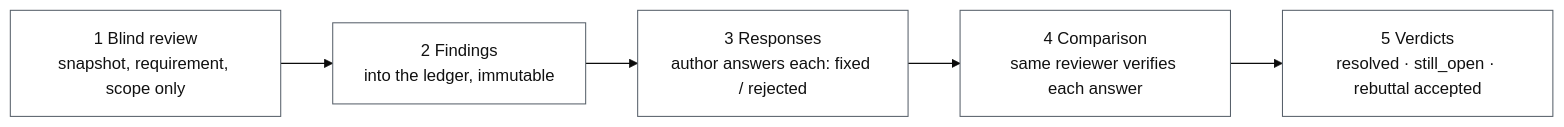
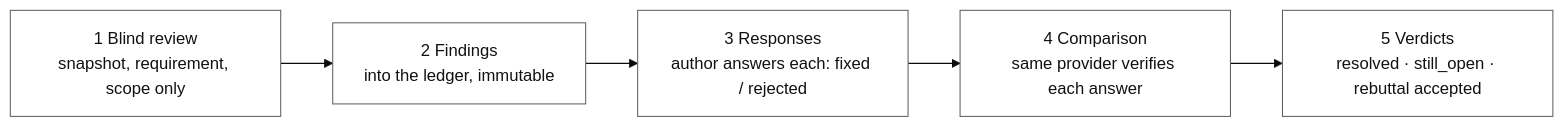
One commit to fengjiachun/review-bridge changed the second of 4 diagrams in docs/overview.md. Above: the diagram before and after it, drawn with Mermaid (base theme). The commit also changed other lines of this file and 1 other file, not shown here.

````diff
--- a/docs/overview.md
+++ b/docs/overview.md
@@ -157,9 +157,9 @@
 ```mermaid
 flowchart LR
   A["1 Blind review<br/>snapshot, requirement, scope only"] --> B["2 Findings<br/>into the ledger, immutable"]
   B --> C["3 Responses<br/>author answers each: fixed / rejected"]
-  C --> D["4 Comparison<br/>same reviewer verifies each answer"]
+  C --> D["4 Comparison<br/>same provider verifies each answer"]
   D --> E["5 Verdicts<br/>resolved · still_open · rebuttal accepted"]
   classDef n fill:#ffffff,stroke:#57606a,stroke-width:1px,color:#111111;
   class A,B,C,D,E n;
 ```
````
